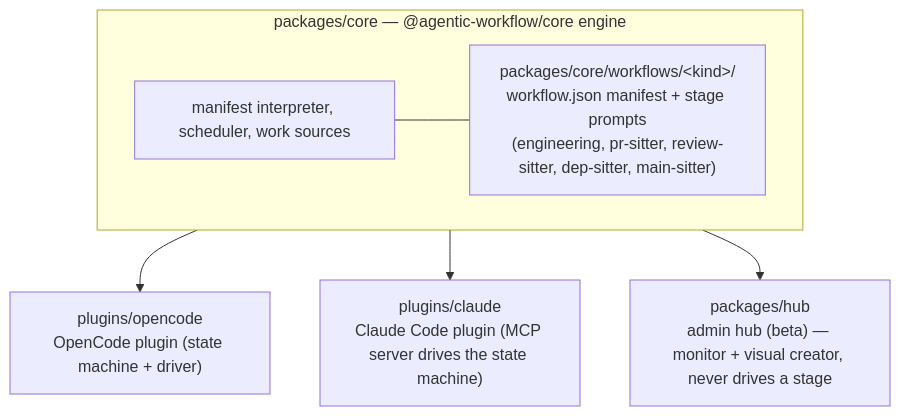
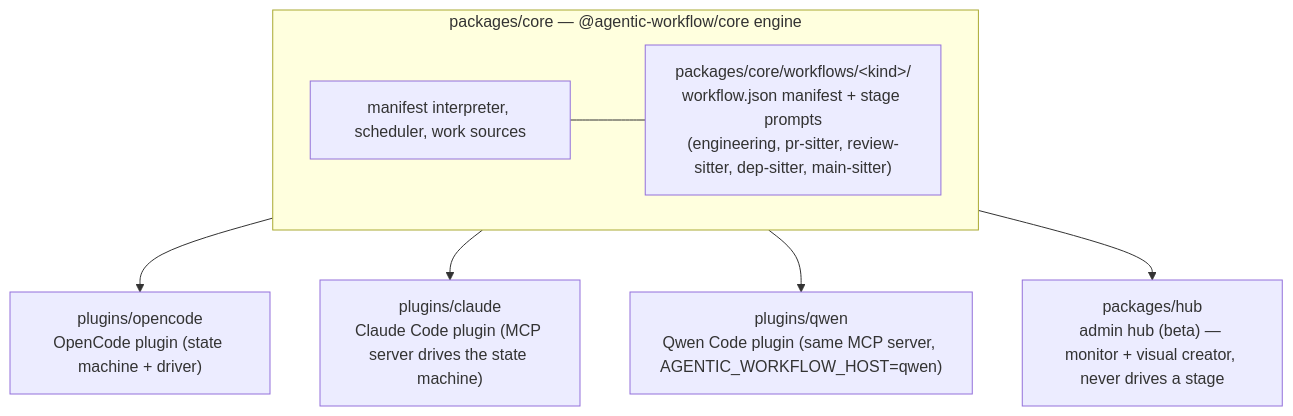
One commit to yenchang265-afk/agentic-workflow changed the second of 2 diagrams in AGENTS.md. Above: the diagram before and after it, drawn with Mermaid. The commit also changed other lines of this file and 13 other files, not shown here.

First line of the commit message:
docs: document the Qwen Code host across every canonical file

````diff
--- a/AGENTS.md
+++ b/AGENTS.md
@@ -148,16 +148,18 @@
 ```mermaid
 flowchart TD
     subgraph Core["packages/core — @agentic-workflow/core engine"]
         Engine["manifest interpreter, scheduler, work sources"]
         Workflows["packages/core/workflows/&lt;kind&gt;/<br/>workflow.json manifest + stage prompts<br/>(engineering, pr-sitter, review-sitter, dep-sitter, main-sitter)"]
         Engine --- Workflows
     end
 
     OpenCode["plugins/opencode<br/>OpenCode plugin (state machine + driver)"]
     Claude["plugins/claude<br/>Claude Code plugin (MCP server drives the state machine)"]
+    Qwen["plugins/qwen<br/>Qwen Code plugin (same MCP server, AGENTIC_WORKFLOW_HOST=qwen)"]
     Hub["packages/hub<br/>admin hub (beta) — monitor + visual creator, never drives a stage"]
 
     Core --> OpenCode
     Core --> Claude
+    Core --> Qwen
     Core --> Hub
 ```
````
